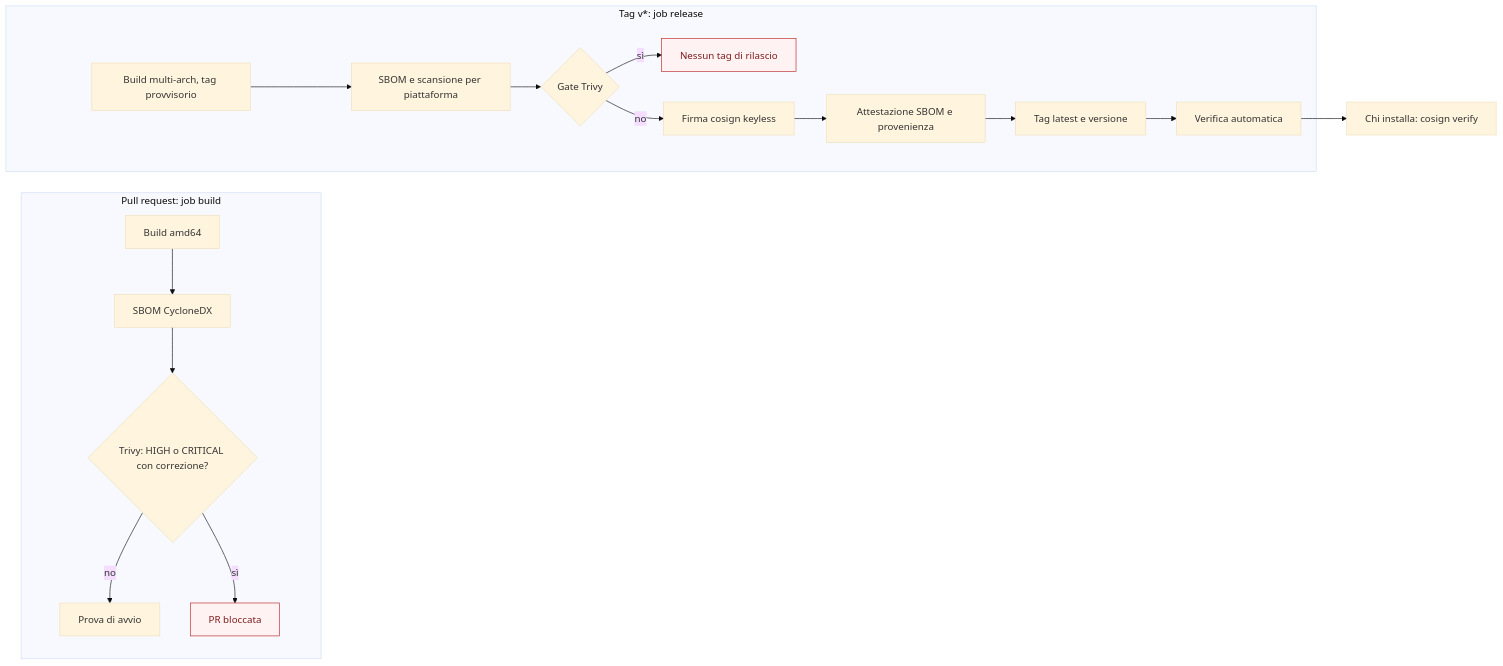
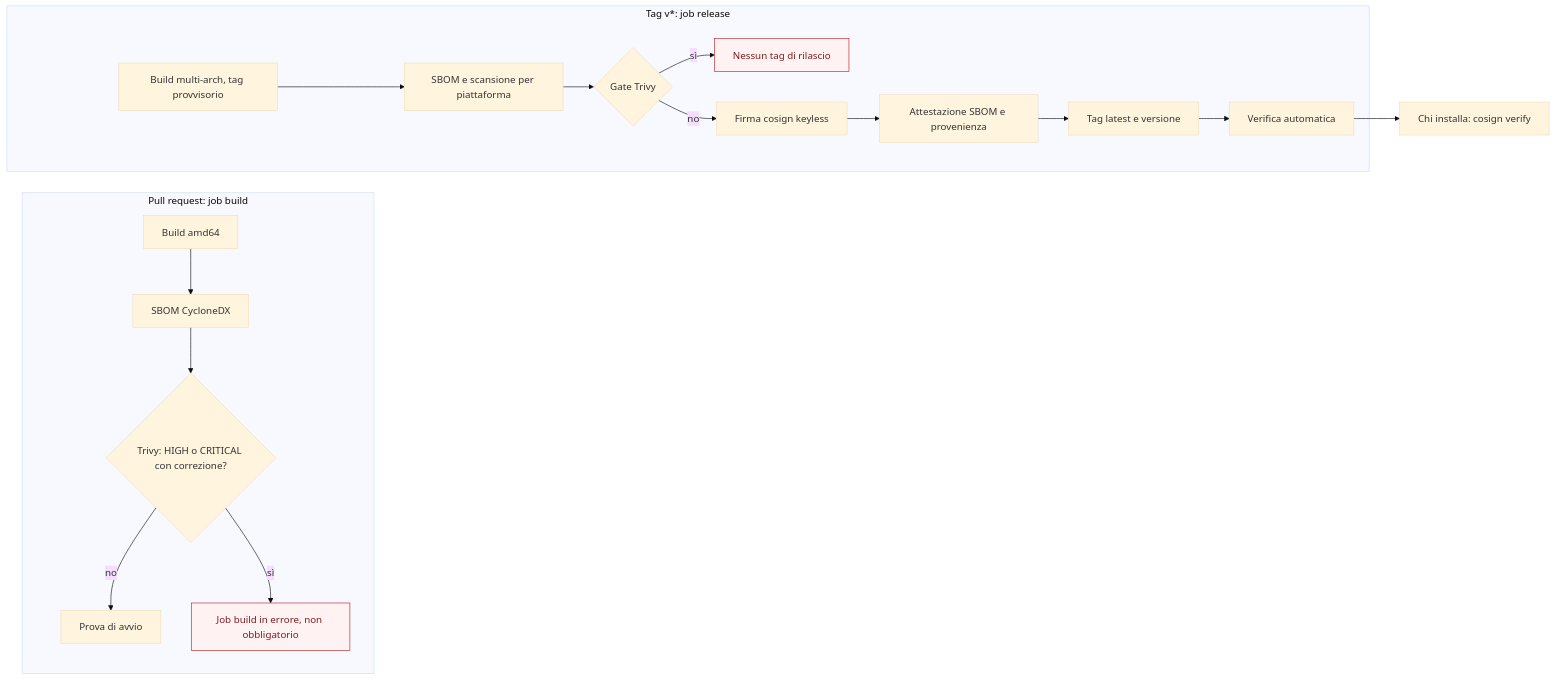
Before and after one commit to peppe-ruv/Loyalty_Sys: the diagram in docs/security/supply-chain.md, drawn with Mermaid (base theme). The commit also changed other lines of this file and 8 other files, not shown here.

First line of the commit message:
fix(image): trivy dopo lo smoke, verifica prima dei tag, testi e numeri allineati [F2-SEC-03, F2-DIST-08, M8.5, Q-513]

````diff
--- a/docs/security/supply-chain.md
+++ b/docs/security/supply-chain.md
@@ -25,23 +25,23 @@
 ```mermaid
 flowchart LR
   accTitle: Supply chain dell'immagine unica, dalla build alla verifica
-  accDescr: Sulle PR il job build costruisce l'immagine, genera l'SBOM CycloneDX, la scansiona con Trivy e si ferma se trova vulnerabilità HIGH o CRITICAL con correzione. Sui tag v* il job release costruisce multi-arch, pubblica con un tag provvisorio, scansiona ogni piattaforma, poi firma con cosign keyless, attesta SBOM e provenienza, applica i tag di rilascio e verifica da solo firma e attestazioni. Chi installa ripete la verifica con cosign verify prima di usare l'immagine.
+  accDescr: Sulle PR il job build costruisce l'immagine, genera l'SBOM CycloneDX, la scansiona con Trivy e fallisce se trova vulnerabilità HIGH o CRITICAL con correzione, ma il suo esito non è un controllo obbligatorio per il merge (Q-513). Sui tag v* il job release costruisce multi-arch, pubblica con un tag provvisorio, scansiona ogni piattaforma, poi firma con cosign keyless, attesta SBOM e provenienza, applica i tag di rilascio e verifica da solo firma e attestazioni. Chi installa ripete la verifica con cosign verify prima di usare l'immagine.
   subgraph PR["Pull request: job build"]
     B1[Build amd64] --> S1[SBOM CycloneDX]
     S1 --> V1{Trivy: HIGH o CRITICAL con correzione?}
     V1 -->|no| SM[Prova di avvio]
-    V1 -->|sì| F1[PR bloccata]
+    V1 -->|sì| F1[Job build in errore, non obbligatorio]
   end
   subgraph TAG["Tag v*: job release"]
     B2[Build multi-arch, tag provvisorio] --> S2[SBOM e scansione per piattaforma]
     S2 --> V2{Gate Trivy}
     V2 -->|sì| F2[Nessun tag di rilascio]
     V2 -->|no| SG[Firma cosign keyless]
     SG --> AT[Attestazione SBOM e provenienza]
     AT --> TG[Tag latest e versione]
     TG --> VF[Verifica automatica]
   end
   VF --> USR[Chi installa: cosign verify]
   classDef stop fill:#FEF2F2,stroke:#B91C1C,color:#7F1D1D
   class F1,F2 stop
 ```
````
